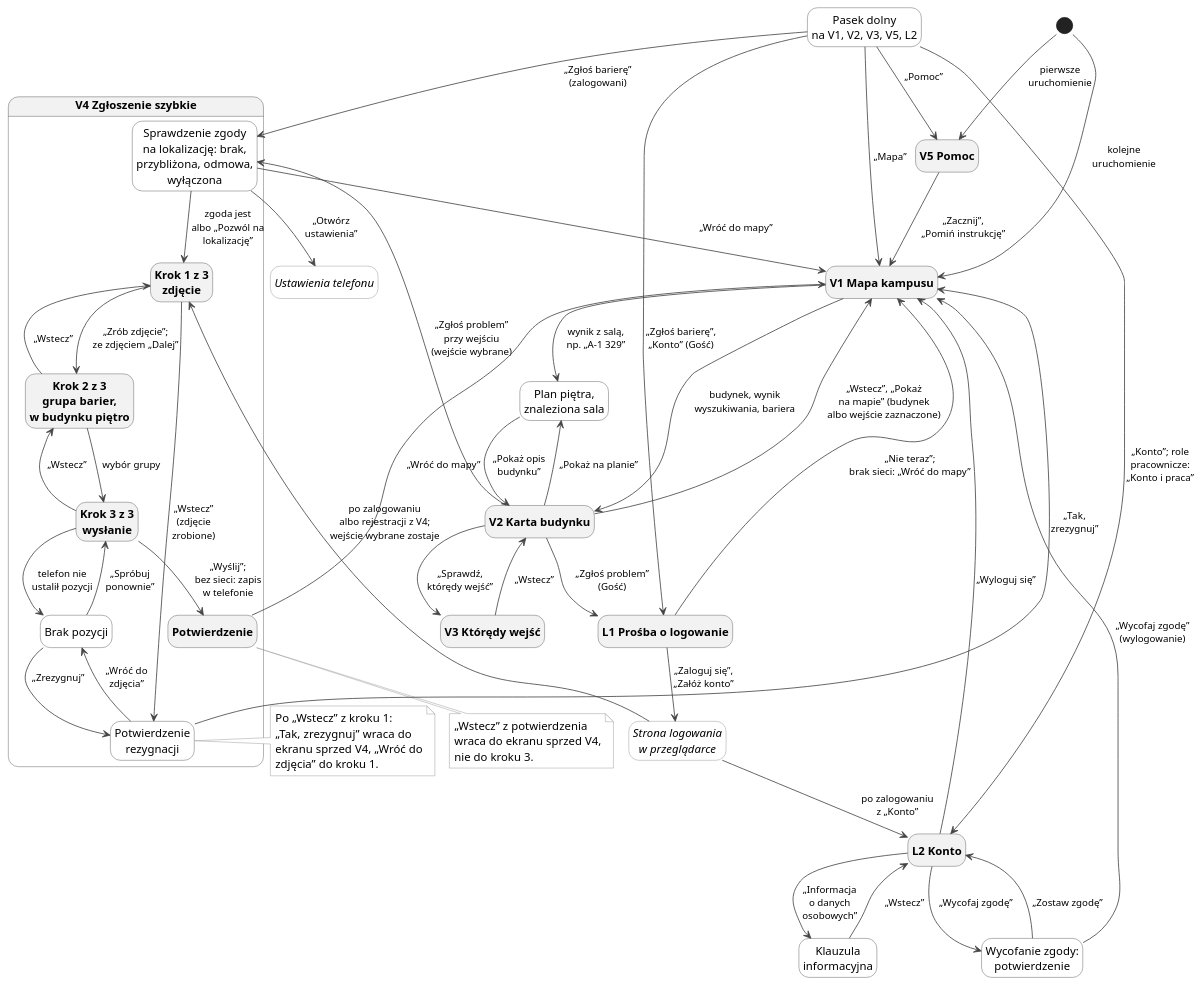
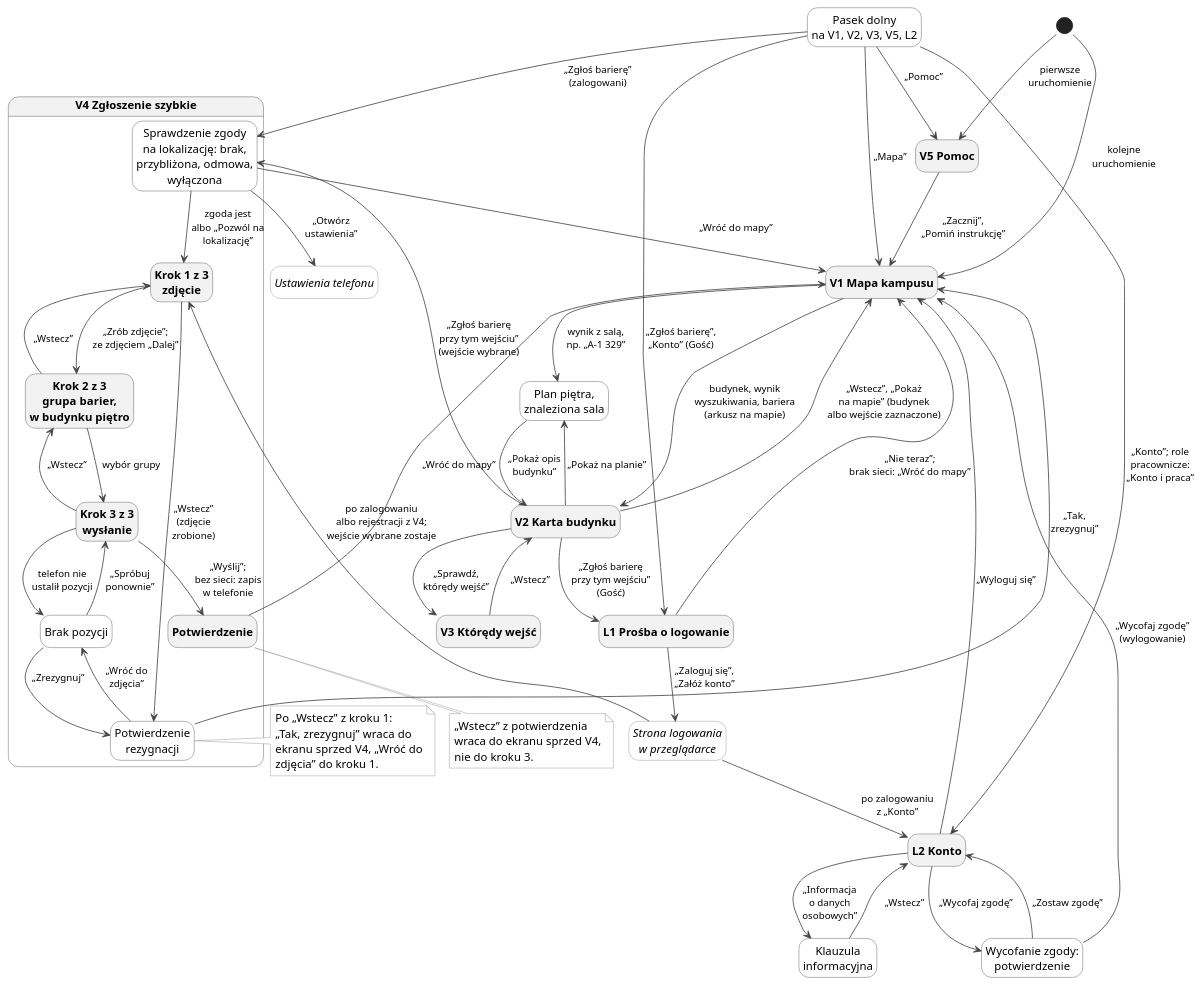
Before and after one commit to dostepny-kampus/dostepny-kampus: the diagram in docs/docs/ux/nawigacja-odwiedzajacy.puml, drawn with PlantUML. The commit also changed 7 other files, not shown here.

First line of the commit message:
docs(ux): nazwij czynność przy wejściu „Zgłoś barierę przy tym wejściu”

```diff
--- a/docs/docs/ux/nawigacja-odwiedzajacy.puml
+++ b/docs/docs/ux/nawigacja-odwiedzajacy.puml
@@ -1,109 +1,109 @@
 @startuml
 !pragma layout smetana
 hide empty description
 skinparam defaultFontSize 14
 skinparam ArrowColor #444444
 skinparam ArrowFontSize 12
 skinparam state {
   BackgroundColor #F2F2F2
   BorderColor #444444
   FontStyle bold
 }
 skinparam state<<poza>> {
   BackgroundColor #FFFFFF
   BorderColor #888888
   FontStyle italic
 }
 skinparam state<<stan>> {
   BackgroundColor #FFFFFF
   BorderColor #444444
   FontStyle normal
 }
 skinparam note {
   BackgroundColor #FFFFFF
   BorderColor #888888
 }
 
 state "V5 Pomoc" as V5
 state "V1 Mapa kampusu" as V1
 state "Plan piętra,\nznaleziona sala" as PLAN <<stan>>
 state "V2 Karta budynku" as V2
 state "V3 Którędy wejść" as V3
 state "Pasek dolny\nna V1, V2, V3, V5, L2" as PASEK <<stan>>
 state "L1 Prośba o logowanie" as L1
 state "L2 Konto" as L2
 state "Klauzula\ninformacyjna" as KL <<stan>>
 state "Wycofanie zgody:\npotwierdzenie" as WZ <<stan>>
 state "Strona logowania\nw przeglądarce" as WWW <<poza>>
 state "Ustawienia telefonu" as UST <<poza>>
 
 state "V4 Zgłoszenie szybkie" as V4 {
   state "Sprawdzenie zgody\nna lokalizację: brak,\nprzybliżona, odmowa,\nwyłączona" as ZG <<stan>>
   state "Krok 1 z 3\nzdjęcie" as K1
   state "Krok 2 z 3\ngrupa barier,\nw budynku piętro" as K2
   state "Krok 3 z 3\nwysłanie" as K3
   state "Brak pozycji" as BP <<stan>>
   state "Potwierdzenie\nrezygnacji" as PR <<stan>>
   state "Potwierdzenie" as POT
 }
 
 [*] --> V5 : pierwsze\nuruchomienie
 [*] --> V1 : kolejne\nuruchomienie
 V5 --> V1 : „Zacznij”,\n„Pomiń instrukcję”
-V1 --> V2 : budynek, wynik\nwyszukiwania, bariera
+V1 --> V2 : budynek, wynik\nwyszukiwania, bariera\n(arkusz na mapie)
 V2 --> V1 : „Wstecz”, „Pokaż\nna mapie” (budynek\nalbo wejście zaznaczone)
 V2 --> V3 : „Sprawdź,\nktórędy wejść”
 V3 --> V2 : „Wstecz”
 V1 --> PLAN : wynik z salą,\nnp. „A-1 329”
 V2 --> PLAN : „Pokaż na planie”
 PLAN --> V2 : „Pokaż opis\nbudynku”
-V2 --> ZG : „Zgłoś problem”\nprzy wejściu\n(wejście wybrane)
-V2 --> L1 : „Zgłoś problem”\n(Gość)
+V2 --> ZG : „Zgłoś barierę\nprzy tym wejściu”\n(wejście wybrane)
+V2 --> L1 : „Zgłoś barierę\nprzy tym wejściu”\n(Gość)
 
 PASEK --> V1 : „Mapa”
 PASEK --> V5 : „Pomoc”
 PASEK --> ZG : „Zgłoś barierę”\n(zalogowani)
 PASEK --> L1 : „Zgłoś barierę”,\n„Konto” (Gość)
 PASEK --> L2 : „Konto”; role\npracownicze:\n„Konto i praca”
 
 ZG --> K1 : zgoda jest\nalbo „Pozwól na\nlokalizację”
 ZG --> UST : „Otwórz\nustawienia”
 ZG --> V1 : „Wróć do mapy”
 K1 --> K2 : „Zrób zdjęcie”;\nze zdjęciem „Dalej”
 K2 --> K3 : wybór grupy
 K2 --> K1 : „Wstecz”
 K1 --> PR : „Wstecz”\n(zdjęcie\nzrobione)
 K3 --> K2 : „Wstecz”
 K3 --> POT : „Wyślij”;\nbez sieci: zapis\nw telefonie
 K3 --> BP : telefon nie\nustalił pozycji
 BP --> K3 : „Spróbuj\nponownie”
 BP --> PR : „Zrezygnuj”
 PR --> BP : „Wróć do\nzdjęcia”
 PR --> V1 : „Tak,\nzrezygnuj”
 POT --> V1 : „Wróć do mapy”
 
 L1 --> WWW : „Zaloguj się”,\n„Załóż konto”
 WWW --> K1 : po zalogowaniu\nalbo rejestracji z V4;\nwejście wybrane zostaje
 WWW --> L2 : po zalogowaniu\nz „Konto”
 L1 --> V1 : „Nie teraz”;\nbrak sieci: „Wróć do mapy”
 
 L2 --> V1 : „Wyloguj się”
 L2 --> WZ : „Wycofaj zgodę”
 WZ --> L2 : „Zostaw zgodę”
 WZ --> V1 : „Wycofaj zgodę”\n(wylogowanie)
 L2 --> KL : „Informacja\no danych\nosobowych”
 KL --> L2 : „Wstecz”
 
 note right of PR
   Po „Wstecz” z kroku 1:
   „Tak, zrezygnuj” wraca do
   ekranu sprzed V4, „Wróć do
   zdjęcia” do kroku 1.
 end note
 
 note bottom of POT
   „Wstecz” z potwierdzenia
   wraca do ekranu sprzed V4,
   nie do kroku 3.
 end note
 @enduml
```
